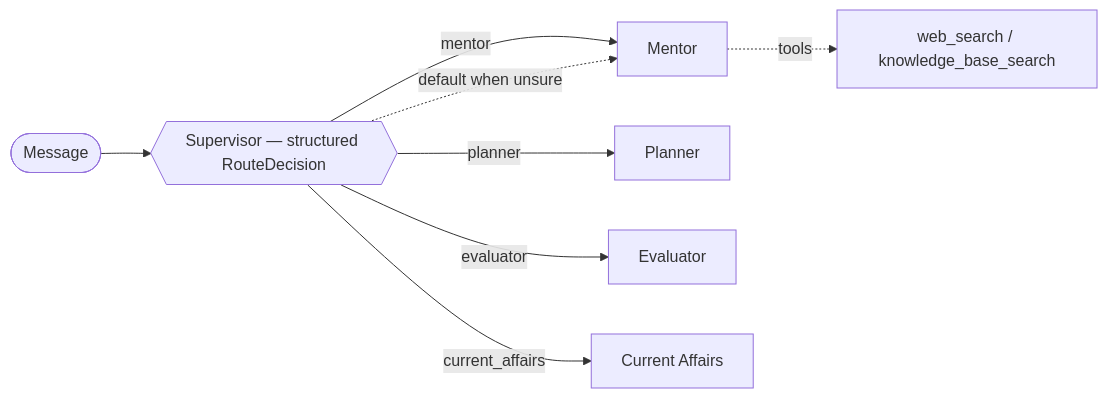
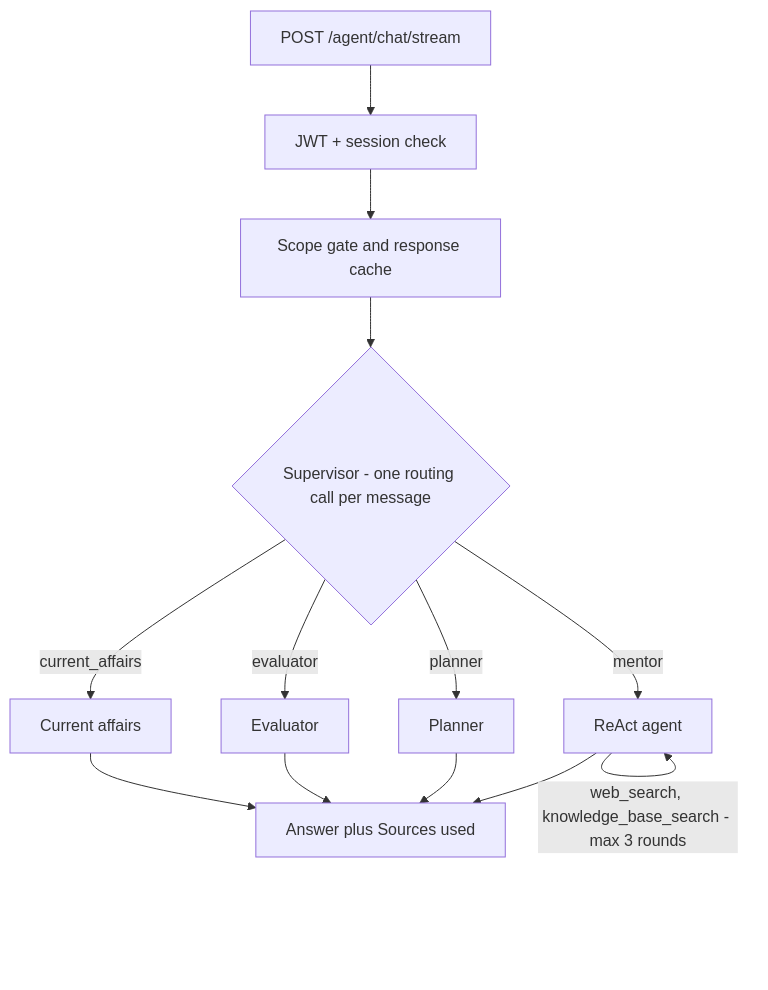
One commit to Vishal-AI-ML-Dev/UPSC-AI-PRO changed the second of 2 diagrams in README.md. Above: the diagram before and after it, drawn with Mermaid. The commit also changed other lines of this file and 19 other files, not shown here.

````diff
--- a/README.md
+++ b/README.md
@@ -118,10 +76,15 @@
 ```mermaid
-flowchart LR
-    Q([Message]) --> S{{Supervisor — structured RouteDecision}}
-    S -->|mentor| M[Mentor]
-    S -->|planner| P[Planner]
-    S -->|evaluator| E[Evaluator]
-    S -->|current_affairs| C[Current Affairs]
-    M -.tools.-> T[web_search / knowledge_base_search]
-    S -.default when unsure.-> M
+flowchart TD
+    Q["POST /agent/chat/stream"] --> A["JWT + session check"]
+    A --> G["Scope gate and response cache"]
+    G --> R{"Supervisor - one routing call per message"}
+    R -->|mentor| M["ReAct agent"]
+    R -->|planner| P["Planner"]
+    R -->|evaluator| E["Evaluator"]
+    R -->|current_affairs| C["Current affairs"]
+    M -->|"web_search, knowledge_base_search - max 3 rounds"| M
+    M --> OUT["Answer plus Sources used"]
+    P --> OUT
+    E --> OUT
+    C --> OUT
 ```
````
